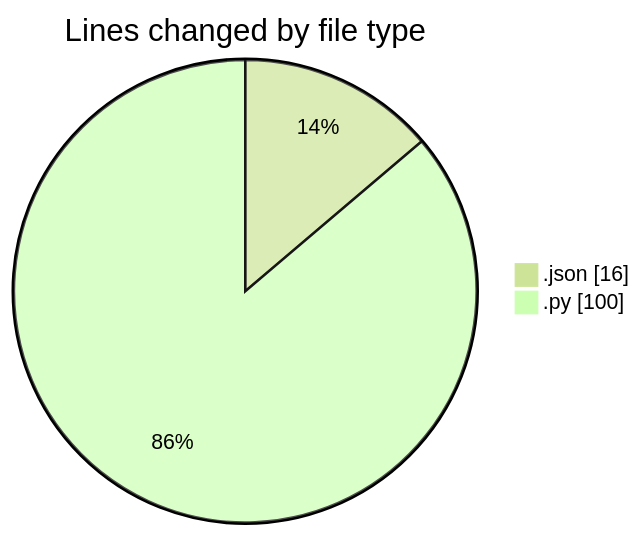
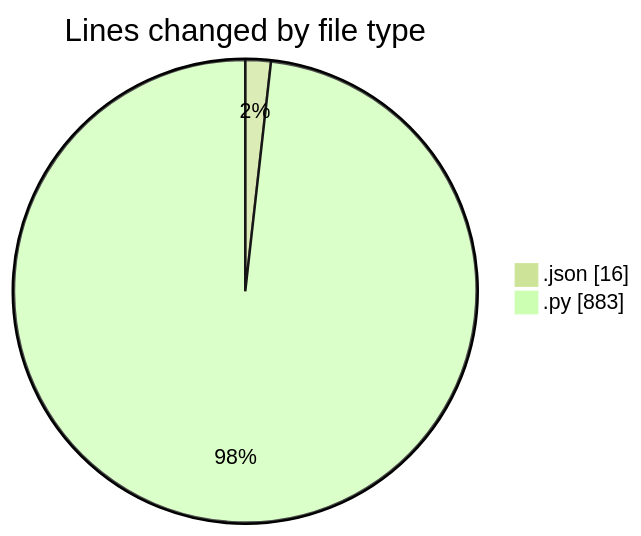
One commit to MatusMokan/code-tracking changed the first of 2 diagrams in 2025-03-29/myws__workspace_/README.md. Above: the diagram before and after it, drawn with Mermaid (forest theme). The commit also changed other lines of this file and 1 other file, not shown here.

````diff
--- a/2025-03-29/myws__workspace_/README.md
+++ b/2025-03-29/myws__workspace_/README.md
@@ -22,6 +24,6 @@
 ```mermaid
 pie showData
 title Lines changed by file type
 ".json" : 16
-".py" : 100
+".py" : 883
 ```
````
